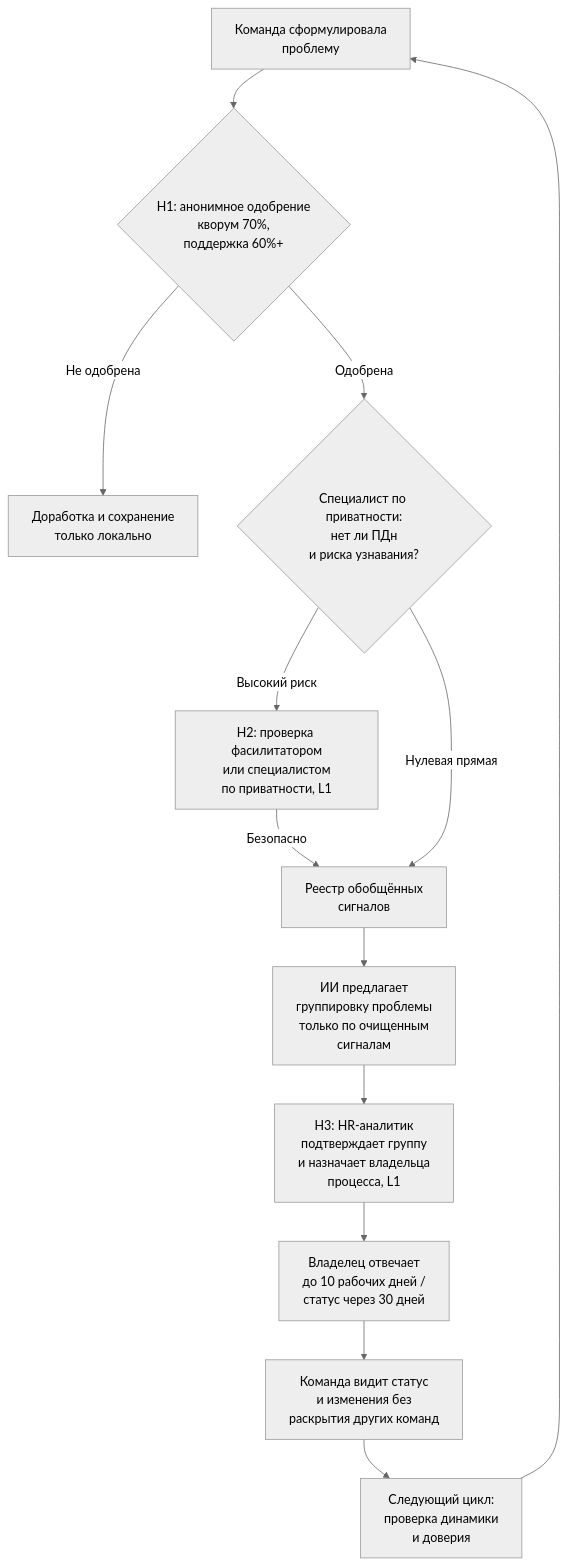
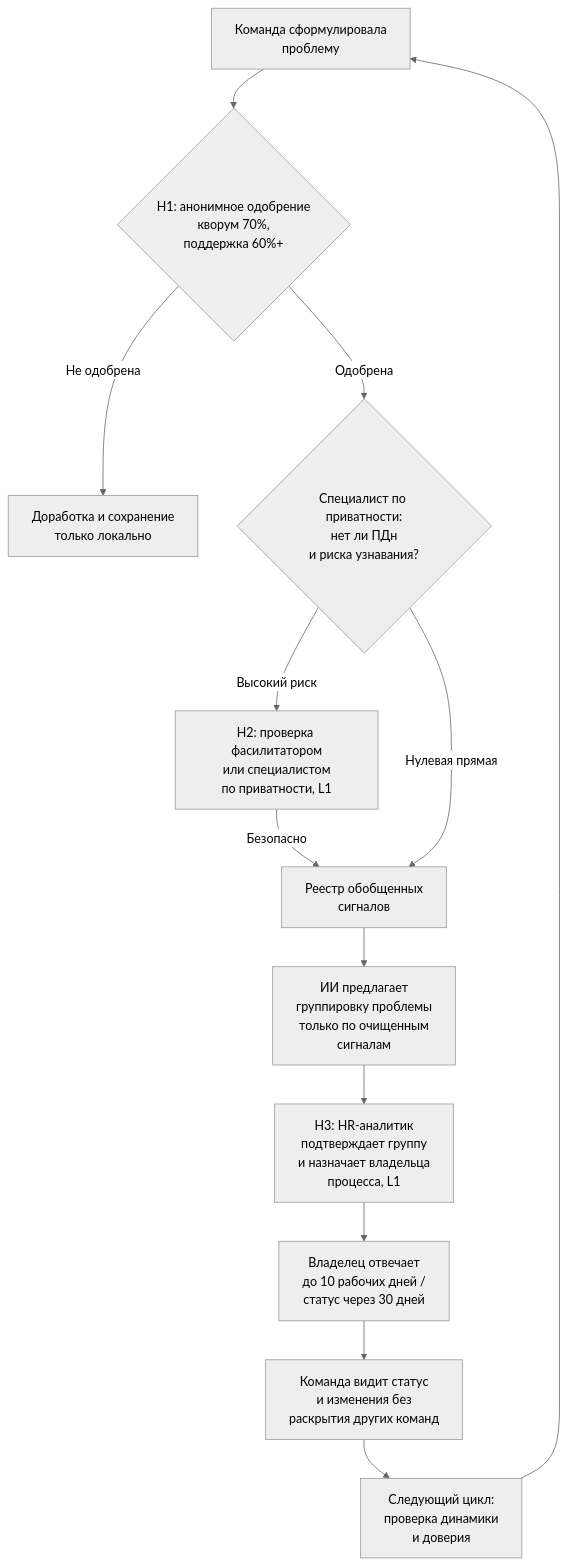
One commit to CarabasBarabas/team-other-03 changed the second of 3 diagrams in docs/03_tobe_architecture.md. Above: the diagram before and after it, drawn with Mermaid (neutral theme). The commit also changed other lines of this file, not shown here.

````diff
--- a/docs/03_tobe_architecture.md
+++ b/docs/03_tobe_architecture.md
@@ -41,15 +41,15 @@
 ```mermaid
 flowchart TD
     A["Команда сформулировала<br/>проблему"] --> B{"H1: анонимное одобрение<br/>кворум 70%,<br/>поддержка 60%+"}
     B -->|"Не одобрена"| B1["Доработка и сохранение<br/>только локально"]
     B -->|"Одобрена"| C{"Специалист по приватности:<br/>нет ли ПДн<br/>и риска узнавания?"}
     C -->|"Высокий риск"| D["H2: проверка фасилитатором<br/>или специалистом<br/>по приватности, L1"]
-    D -->|"Безопасно"| E["Реестр обобщённых<br/>сигналов"]
+    D -->|"Безопасно"| E["Реестр обобщенных<br/>сигналов"]
     C -->|"Нулевая прямая"| E
     E --> F["ИИ предлагает<br/>группировку проблемы<br/>только по очищенным<br/>сигналам"]
     F --> G["H3: HR-аналитик<br/>подтверждает группу<br/>и назначает владельца<br/>процесса, L1"]
     G --> H["Владелец отвечает<br/>до 10 рабочих дней /<br/>статус через 30 дней"]
     H --> I["Команда видит статус<br/>и изменения без<br/>раскрытия других команд"]
     I --> J["Следующий цикл:<br/>проверка динамики<br/>и доверия"]
     J --> A
 ```
````
